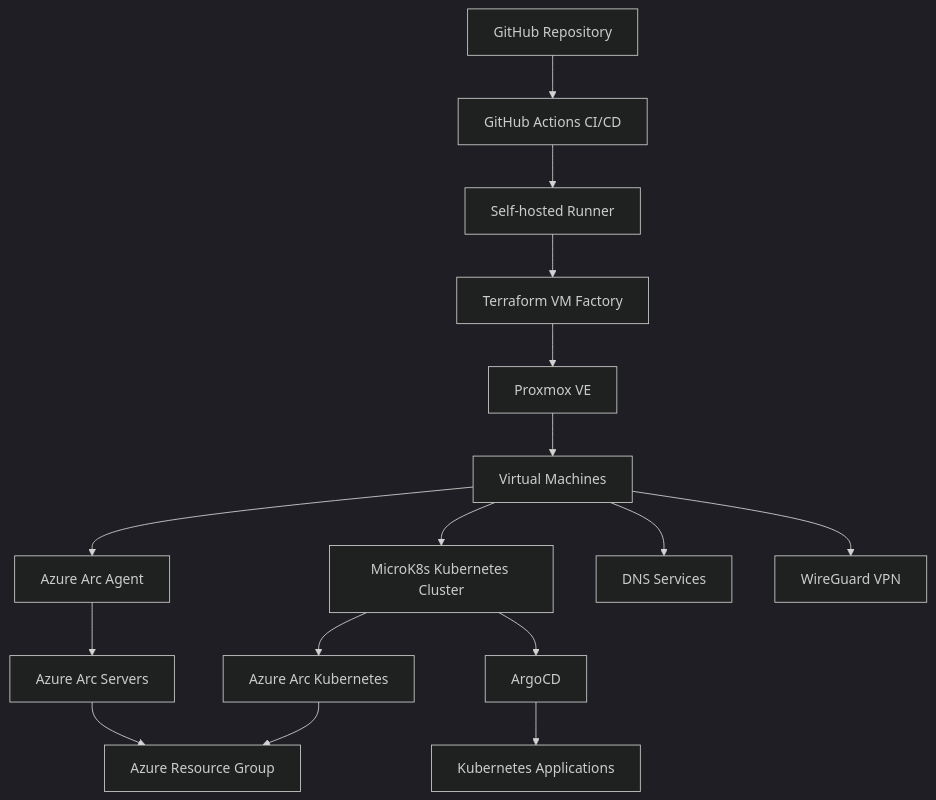
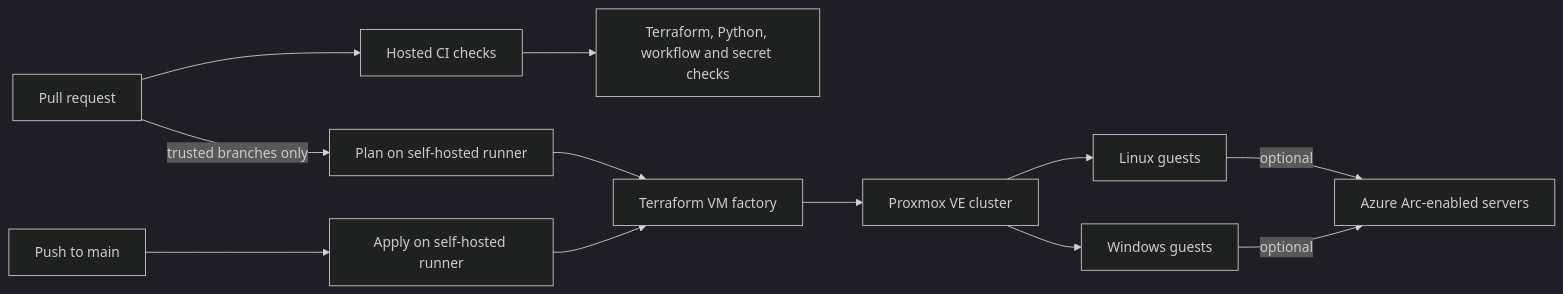
The diagram in README.md (johnhh-dev/proxmox-multios-vm-factory), drawn with Mermaid (dark theme) before and after one commit. The commit also changed other lines of this file, not shown here.

Commit message:
Refactor README to clarify project purpose and capabilities of the Proxmox Multi-OS VM Factory with Azure Arc

````diff
--- a/README.md
+++ b/README.md
@@ -40,23 +29,15 @@
 ```mermaid
-flowchart TD
+flowchart LR
+  PR[Pull request] --> Checks[Hosted CI checks]
+  PR -->|trusted branches only| Plan[Plan on self-hosted runner]
+  Main[Push to main] --> Apply[Apply on self-hosted runner]
 
-A[GitHub Repository] --> B[GitHub Actions CI/CD]
-B --> C[Self-hosted Runner]
-
-C --> D[Terraform VM Factory]
-D --> E[Proxmox VE]
-E --> F[Virtual Machines]
-
-F --> G[MicroK8s Kubernetes Cluster]
-F --> H[Azure Arc Agent]
-G --> I[Azure Arc Kubernetes]
-H --> J[Azure Arc Servers]
-
-J --> K[Azure Resource Group]
-I --> K
-
-F --> L[DNS Services]
-F --> M[WireGuard VPN]
-G --> N[ArgoCD]
-N --> O[Kubernetes Applications]
+  Checks --> Test[Terraform, Python, workflow and secret checks]
+  Plan --> TF[Terraform VM factory]
+  Apply --> TF
+  TF --> PVE[Proxmox VE cluster]
+  PVE --> Linux[Linux guests]
+  PVE --> Windows[Windows guests]
+  Linux -->|optional| Arc[Azure Arc-enabled servers]
+  Windows -->|optional| Arc
 ```
````
